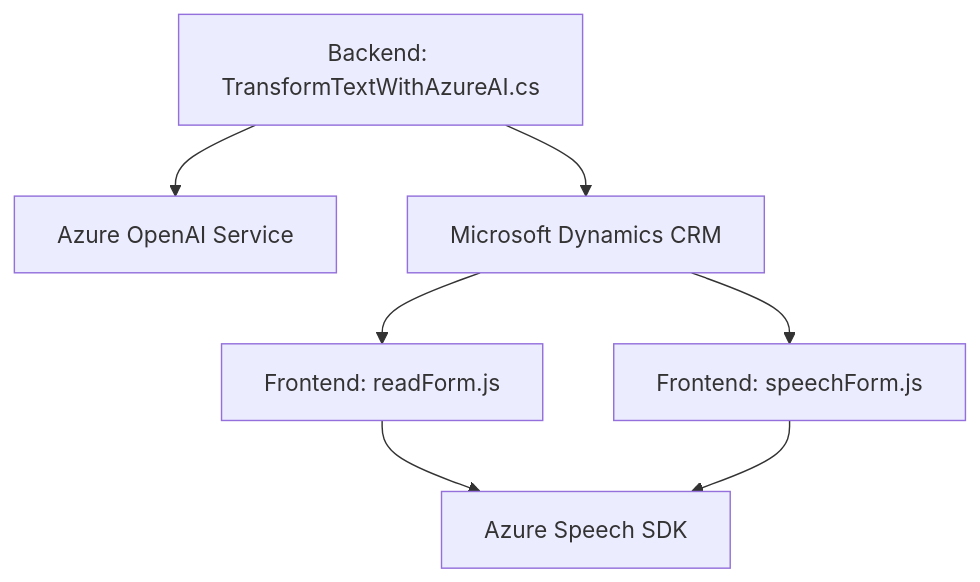
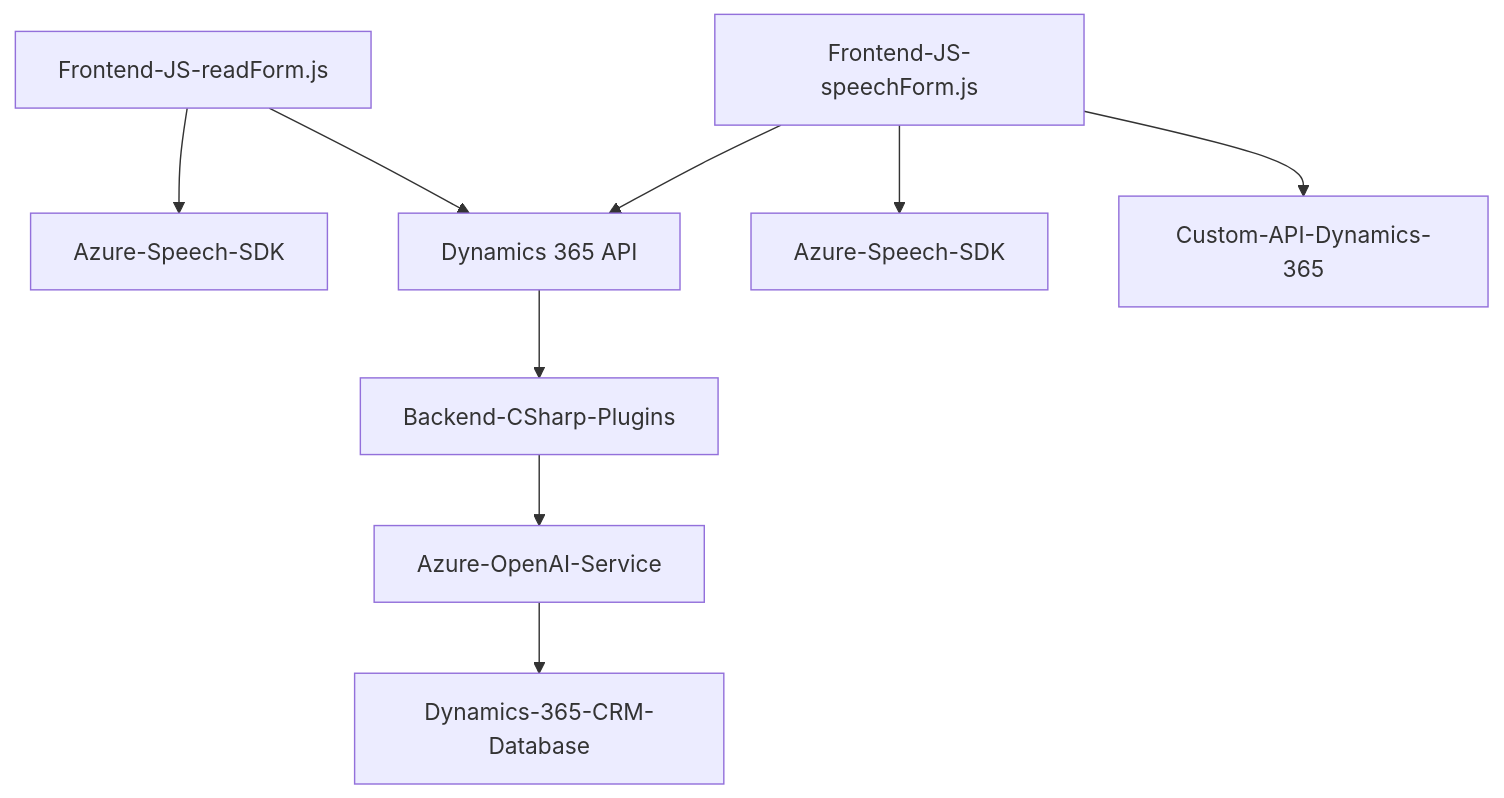
One commit to blopezdm/NETCORE_BILBAO2025 changed the diagram in README.md. Above: the diagram before and after it, drawn with Mermaid. The commit also changed other lines of this file, not shown here.

````diff
--- a/README.md
+++ b/README.md
@@ -55,15 +51,11 @@
 ```mermaid
 graph TD
-  A["Frontend: readForm.js"]
-  B["Frontend: speechForm.js"]
-  C["Backend: TransformTextWithAzureAI.cs"]
-  D["Azure Speech SDK"]
-  E["Azure OpenAI Service"]
-  F["Microsoft Dynamics CRM"]
-  A --> D
-  B --> D
-  F --> A
-  F --> B
-  C --> F
-  C --> E
+    A["Frontend-JS-readForm.js"] --> B["Azure-Speech-SDK"]
+    A --> F["Dynamics 365 API"]
+    C["Frontend-JS-speechForm.js"] --> D["Azure-Speech-SDK"]
+    C --> F
+    C --> E["Custom-API-Dynamics-365"]
+    F --> G["Backend-CSharp-Plugins"]
+    G --> H["Azure-OpenAI-Service"]
+    H --> I["Dynamics-365-CRM-Database"]
 ```
````
